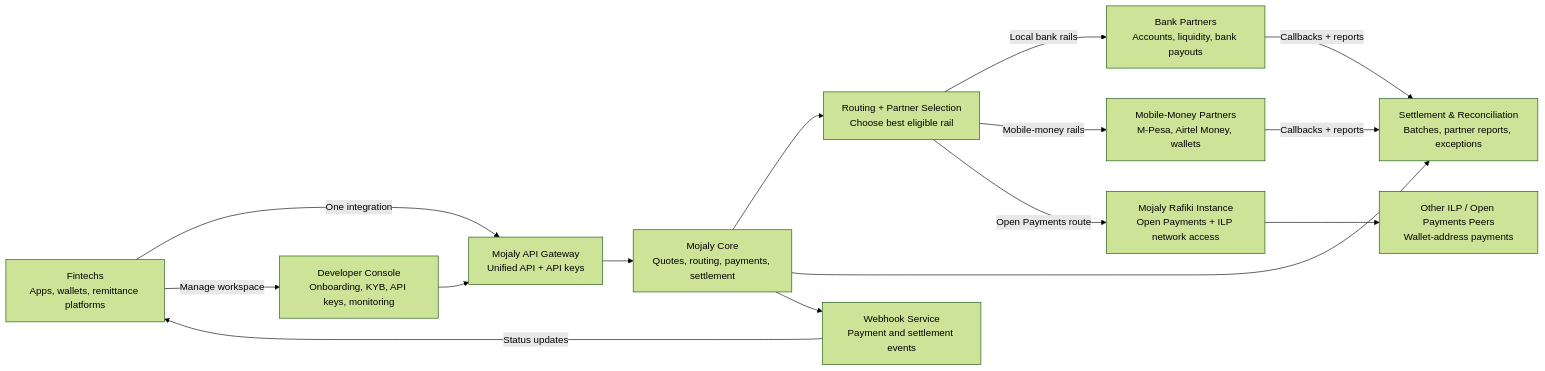
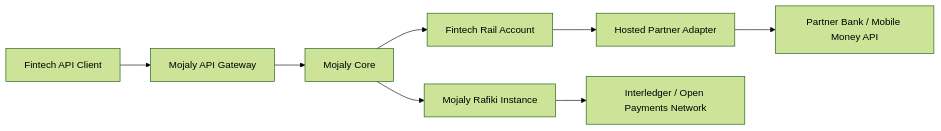
The diagram in docs/01-foundation/architecture overview.md (Mojaly/mojaly-platform), drawn with Mermaid (forest theme) before and after one commit. The commit also changed other lines of this file and 11 other files, not shown here.

First line of the commit message:
docs: move architecture/rafiki diagrams to image assets, simplify overview diagram

````diff
--- a/docs/01-foundation/architecture overview.md
+++ b/docs/01-foundation/architecture overview.md
@@ -46,30 +46,19 @@
 ```mermaid
 flowchart LR
-  Fintech["Fintechs<br/>Apps, wallets, remittance platforms"]
-  Gateway["Mojaly API Gateway<br/>Unified API + API keys"]
-  Console["Developer Console<br/>Onboarding, KYB, API keys, monitoring"]
-  Core["Mojaly Core<br/>Quotes, routing, payments, settlement"]
-  Rafiki["Mojaly Rafiki Instance<br/>Open Payments + ILP network access"]
-  Router["Routing + Partner Selection<br/>Choose best eligible rail"]
-  Settlement["Settlement & Reconciliation<br/>Batches, partner reports, exceptions"]
-  Webhooks["Webhook Service<br/>Payment and settlement events"]
+  Fintech["Fintech API Client"]
+  Gateway["Mojaly API Gateway"]
+  Core["Mojaly Core"]
+  Rail["Fintech Rail Account"]
+  Adapter["Hosted Partner Adapter"]
+  Rafiki["Mojaly Rafiki Instance"]
+  Partner["Partner Bank / Mobile Money API"]
+  ILP["Interledger / Open Payments Network"]
 
-  Bank["Bank Partners<br/>Accounts, liquidity, bank payouts"]
-  Mobile["Mobile-Money Partners<br/>M-Pesa, Airtel Money, wallets"]
-  ILP["Other ILP / Open Payments Peers<br/>Wallet-address payments"]
-
-  Fintech -->|"One integration"| Gateway
-  Fintech -->|"Manage workspace"| Console
-  Console --> Gateway
+  Fintech --> Gateway
   Gateway --> Core
-  Core --> Router
-  Router -->|"Local bank rails"| Bank
-  Router -->|"Mobile-money rails"| Mobile
-  Router -->|"Open Payments route"| Rafiki
+  Core --> Rail
+  Rail --> Adapter
+  Adapter --> Partner
+  Core --> Rafiki
   Rafiki --> ILP
-  Bank -->|"Callbacks + reports"| Settlement
-  Mobile -->|"Callbacks + reports"| Settlement
-  Core --> Settlement
-  Core --> Webhooks
-  Webhooks -->|"Status updates"| Fintech
 ```
````
